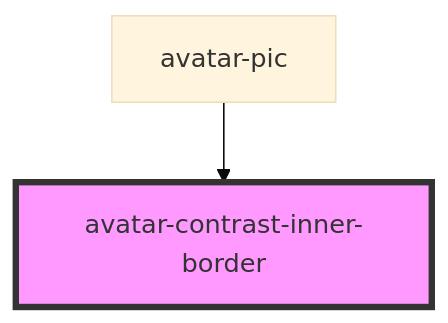
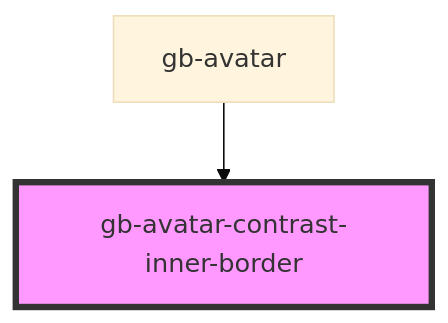
One commit to Emmanuel1858/globusComponent changed the diagram in src/components/gb-avatar-contrast-inner-border/readme.md. Above: the diagram before and after it, drawn with Mermaid (base theme). The commit also changed other lines of this file and 53 other files, not shown here.

````diff
--- a/src/components/gb-avatar-contrast-inner-border/readme.md
+++ b/src/components/gb-avatar-contrast-inner-border/readme.md
@@ -23,5 +23,5 @@
 ```mermaid
 graph TD;
-  avatar-pic --> avatar-contrast-inner-border
-  style avatar-contrast-inner-border fill:#f9f,stroke:#333,stroke-width:4px
+  gb-avatar --> gb-avatar-contrast-inner-border
+  style gb-avatar-contrast-inner-border fill:#f9f,stroke:#333,stroke-width:4px
 ```
````
